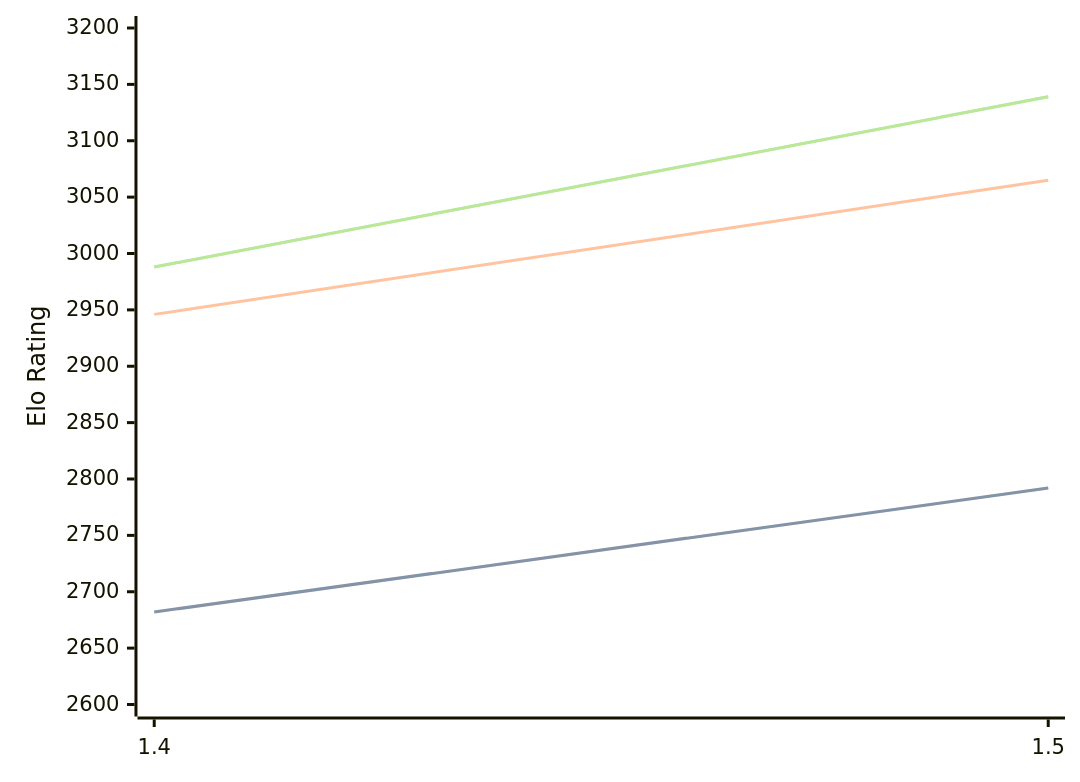
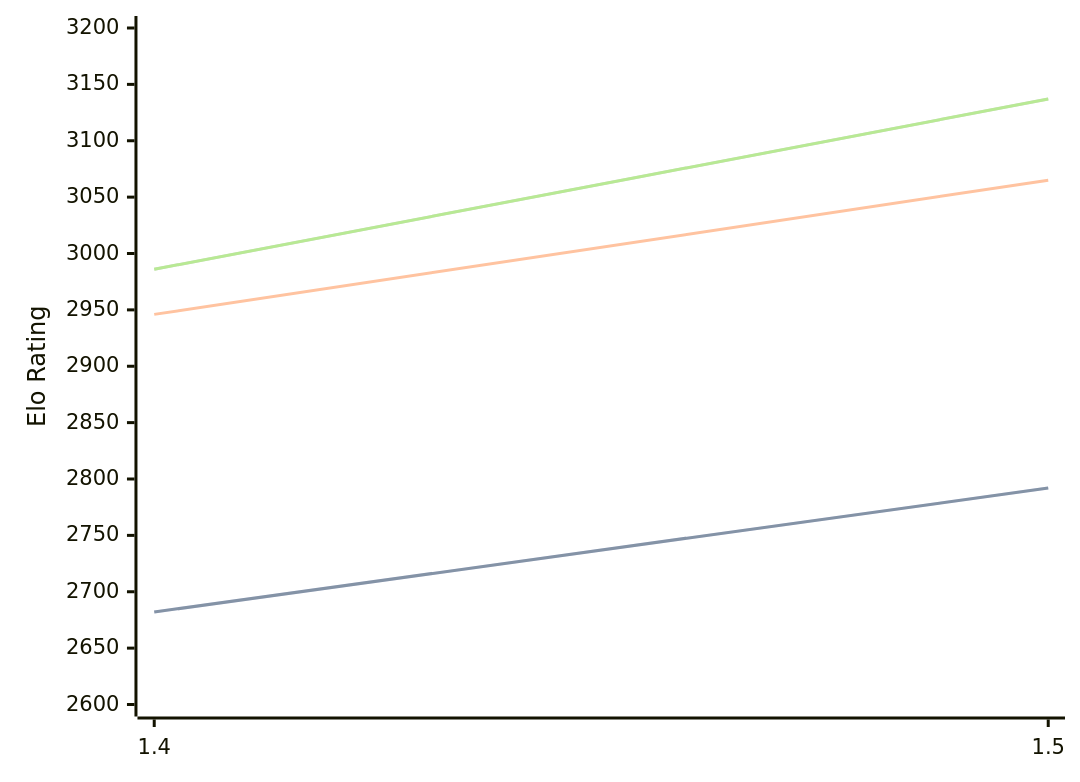
The diagram in engines/Yakka.md (computer-chess-index/cci), drawn with Mermaid before and after one commit. The commit also changed other lines of this file, not shown here.

Commit message:
Update CCI Ratings (ELO VLTC) - 2026-04-04

````diff
--- a/engines/Yakka.md
+++ b/engines/Yakka.md
@@ -36,11 +36,11 @@
 ```mermaid
 %%{init: {"theme":"base","themeVariables":{"seriesColors:['#a3a3a3','#222221','#faa371']}}}%%
 xychart-beta
   x-axis ["1.4", "1.5"]
   y-axis "Elo Rating" 2600 --> 3200
   line "STC (8.0+0.08s)" [2682, 2792]
   line "STC (8.0+0.08s)" [2682, 2792]
   line "LTC (60.0+0.60s)" [2946, 3065]
-  line "VLTC (2m24s+1.12s)" [2988, 3139]
-  line "VLTC (2m24s+1.12s)" [2988, 3139]
+  line "VLTC (2m24s+1.12s)" [2986, 3137]
+  line "VLTC (2m24s+1.12s)" [2986, 3137]
 ```
````
